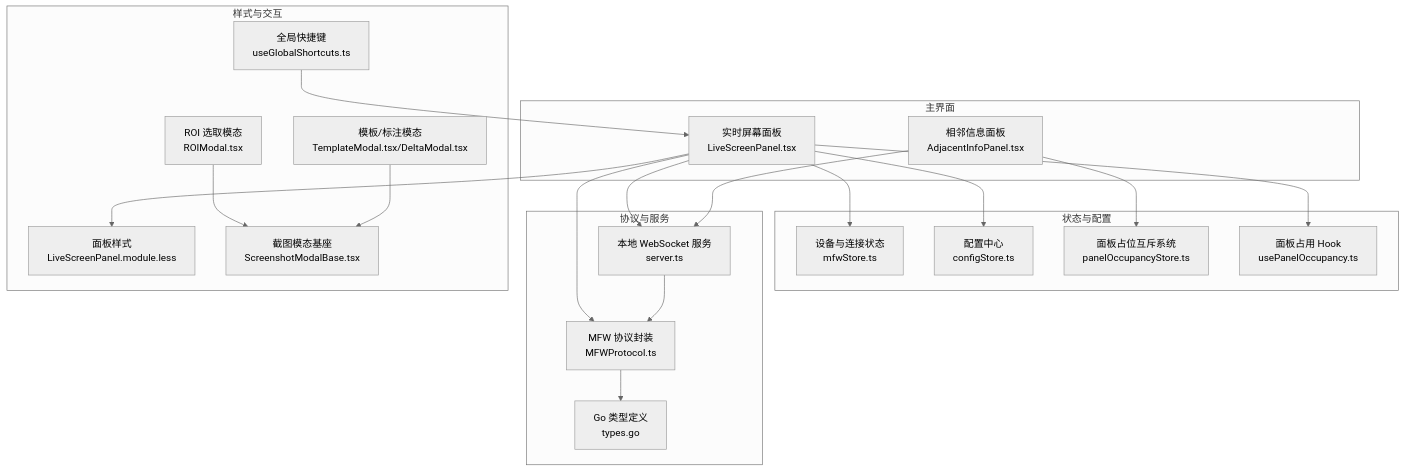
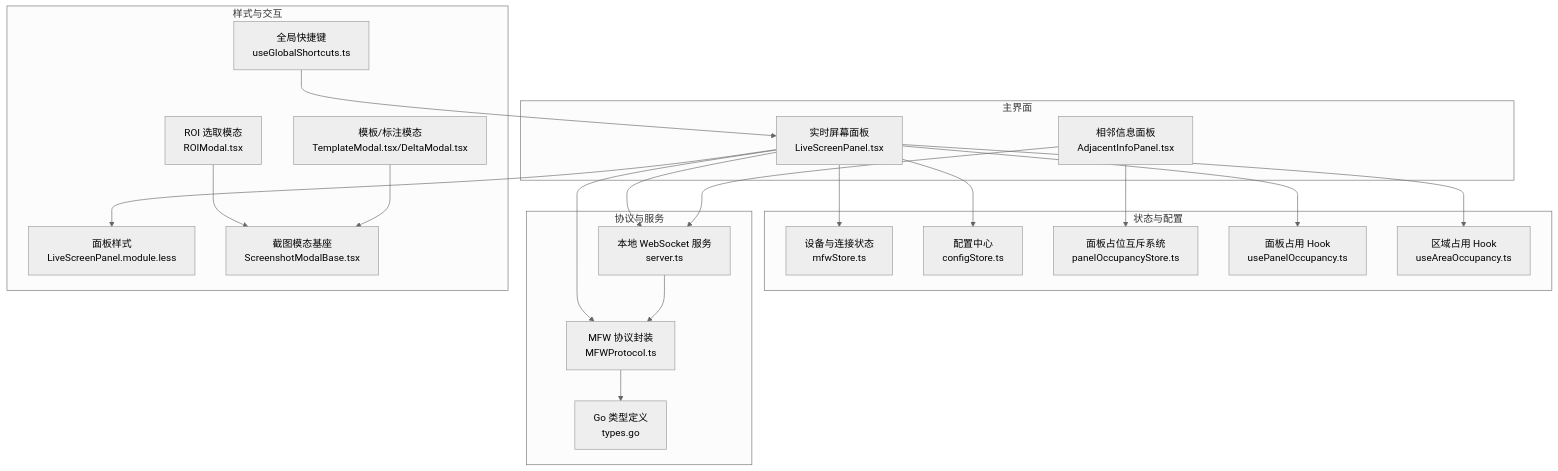
The first of 7 diagrams in .qoder/repowiki/zh/content/面板与组件/主要面板/实时屏幕面板.md (kqcoxn/MaaPipelineEditor), drawn with Mermaid (neutral theme) before and after one commit. The commit also changed other lines of this file and 42 other files, not shown here.

````diff
--- a/.qoder/repowiki/zh/content/面板与组件/主要面板/实时屏幕面板.md
+++ b/.qoder/repowiki/zh/content/面板与组件/主要面板/实时屏幕面板.md
@@ -47,38 +56,40 @@
 ```mermaid
 graph TB
 subgraph "主界面"
 LSP["实时屏幕面板<br/>LiveScreenPanel.tsx"]
 AIP["相邻信息面板<br/>AdjacentInfoPanel.tsx"]
 end
 subgraph "状态与配置"
 MFW["设备与连接状态<br/>mfwStore.ts"]
 CFG["配置中心<br/>configStore.ts"]
 PO["面板占位互斥系统<br/>panelOccupancyStore.ts"]
 UPO["面板占用 Hook<br/>usePanelOccupancy.ts"]
+UAO["区域占用 Hook<br/>useAreaOccupancy.ts"]
 end
 subgraph "协议与服务"
 SRV["本地 WebSocket 服务<br/>server.ts"]
 MFWP["MFW 协议封装<br/>MFWProtocol.ts"]
 TYP["Go 类型定义<br/>types.go"]
 end
 subgraph "样式与交互"
 CSS["面板样式<br/>LiveScreenPanel.module.less"]
 SSB["截图模态基座<br/>ScreenshotModalBase.tsx"]
 ROI["ROI 选取模态<br/>ROIModal.tsx"]
 TMP["模板/标注模态<br/>TemplateModal.tsx/DeltaModal.tsx"]
 GKS["全局快捷键<br/>useGlobalShortcuts.ts"]
 end
 LSP --> MFW
 LSP --> CFG
 LSP --> SRV
 LSP --> MFWP
 LSP --> CSS
 LSP --> UPO
+LSP --> UAO
 AIP --> PO
 AIP --> SRV
 SRV --> MFWP
 MFWP --> TYP
 ROI --> SSB
 TMP --> SSB
 GKS --> LSP
 ```
````
